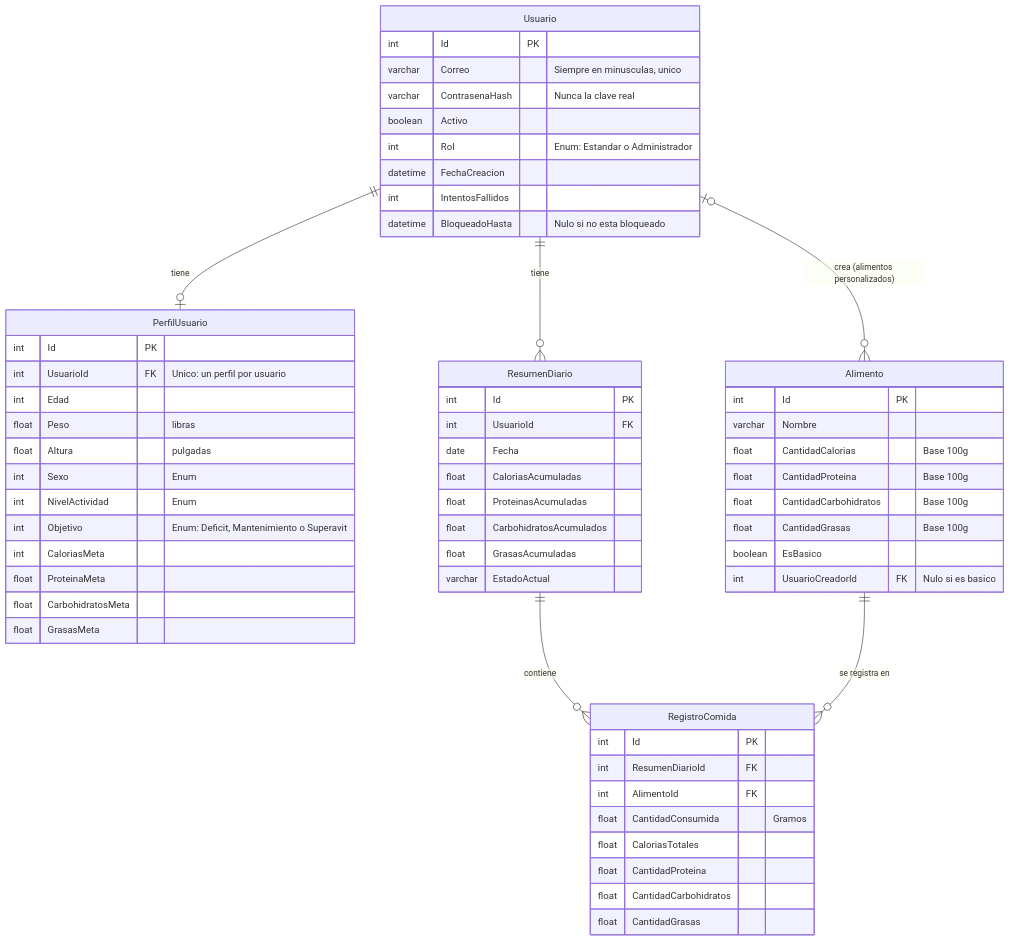
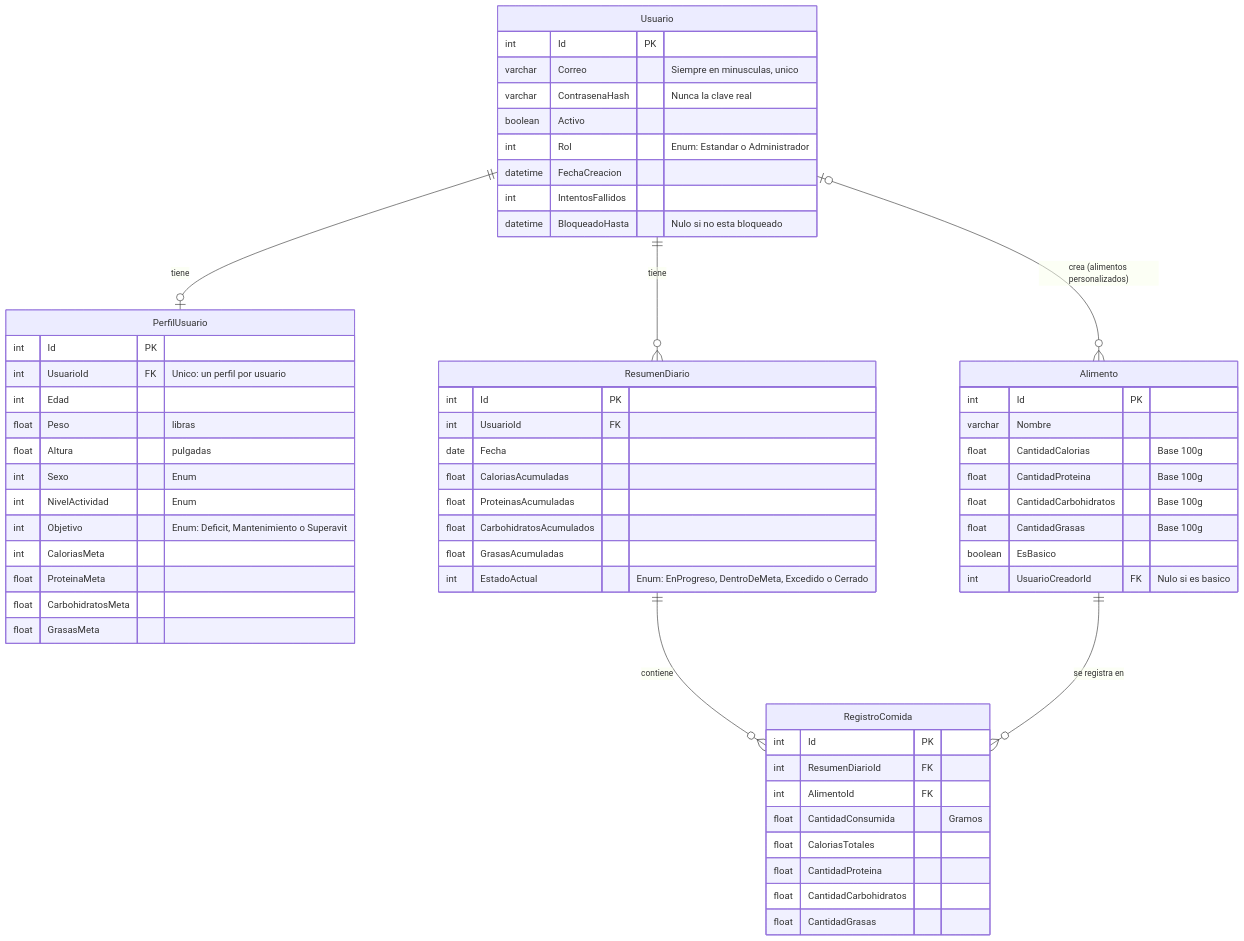
The third of 3 diagrams in README.md (carlosgabrielcastellanossuriel-lgtm/FitTrack), drawn with Mermaid before and after one commit. The commit also changed other lines of this file and 2 other files, not shown here.

````diff
--- a/README.md
+++ b/README.md
@@ -161,68 +341,68 @@
 ```mermaid
 erDiagram
     Usuario {
         int Id PK
         varchar Correo "Siempre en minusculas, unico"
         varchar ContrasenaHash "Nunca la clave real"
         boolean Activo
         int Rol "Enum: Estandar o Administrador"
         datetime FechaCreacion
         int IntentosFallidos
         datetime BloqueadoHasta "Nulo si no esta bloqueado"
     }
 
     PerfilUsuario {
         int Id PK
         int UsuarioId FK "Unico: un perfil por usuario"
         int Edad
         float Peso "libras"
         float Altura "pulgadas"
         int Sexo "Enum"
         int NivelActividad "Enum"
         int Objetivo "Enum: Deficit, Mantenimiento o Superavit"
         int CaloriasMeta
         float ProteinaMeta
         float CarbohidratosMeta
         float GrasasMeta
     }
 
     Alimento {
         int Id PK
         varchar Nombre
         float CantidadCalorias "Base 100g"
         float CantidadProteina "Base 100g"
         float CantidadCarbohidratos "Base 100g"
         float CantidadGrasas "Base 100g"
         boolean EsBasico
         int UsuarioCreadorId FK "Nulo si es basico"
     }
 
     ResumenDiario {
         int Id PK
         int UsuarioId FK
         date Fecha
         float CaloriasAcumuladas
         float ProteinasAcumuladas
         float CarbohidratosAcumulados
         float GrasasAcumuladas
-        varchar EstadoActual
+        int EstadoActual "Enum: EnProgreso, DentroDeMeta, Excedido o Cerrado"
     }
 
     RegistroComida {
         int Id PK
         int ResumenDiarioId FK
         int AlimentoId FK
         float CantidadConsumida "Gramos"
         float CaloriasTotales
         float CantidadProteina
         float CantidadCarbohidratos
         float CantidadGrasas
     }
 
     %% Relaciones
     Usuario ||--o| PerfilUsuario : "tiene"
     Usuario |o--o{ Alimento : "crea (alimentos personalizados)"
     Usuario ||--o{ ResumenDiario : "tiene"
     ResumenDiario ||--o{ RegistroComida : "contiene"
     Alimento ||--o{ RegistroComida : "se registra en"
 ```
````
